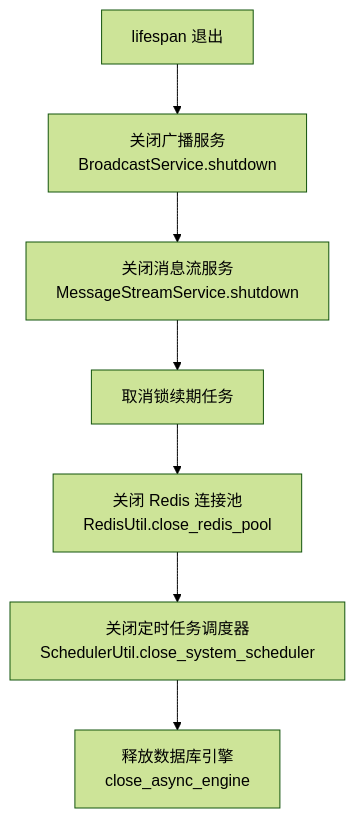
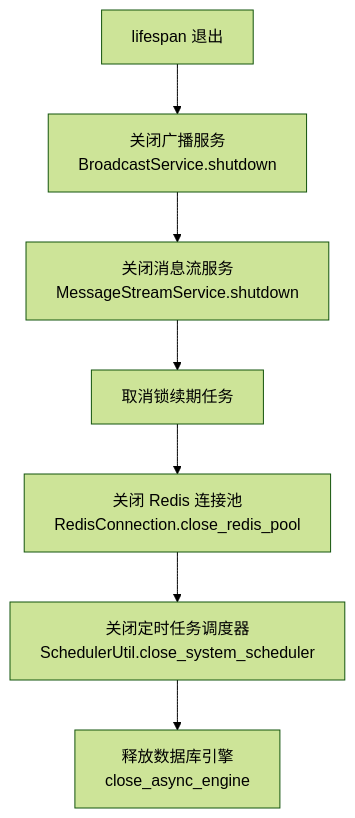
Before and after one commit to jiangwch03/knowledge: the third of 4 diagrams in docs/architecture/启动流程与生命周期.md, drawn with Mermaid (forest theme). The commit also changed other lines of this file and 2 other files, not shown here.

````diff
--- a/docs/architecture/启动流程与生命周期.md
+++ b/docs/architecture/启动流程与生命周期.md
@@ -71,9 +71,9 @@
 ```mermaid
 graph TD
     Shutdown["lifespan 退出"] --> BCStop["关闭广播服务<br/>BroadcastService.shutdown"]
     BCStop --> StreamStop["关闭消息流服务<br/>MessageStreamService.shutdown"]
     StreamStop --> LockCancel["取消锁续期任务"]
-    LockCancel --> RedisClose["关闭 Redis 连接池<br/>RedisUtil.close_redis_pool"]
+    LockCancel --> RedisClose["关闭 Redis 连接池<br/>RedisConnection.close_redis_pool"]
     RedisClose --> SchedulerClose["关闭定时任务调度器<br/>SchedulerUtil.close_system_scheduler"]
     SchedulerClose --> EngineClose["释放数据库引擎<br/>close_async_engine"]
 ```
````
